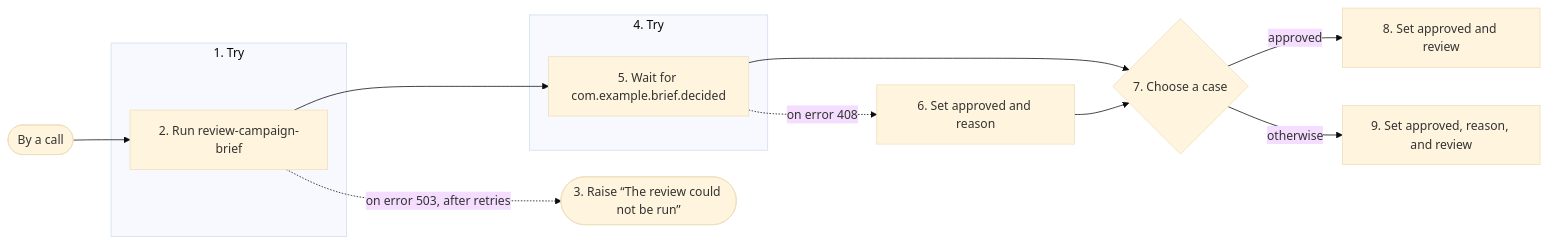
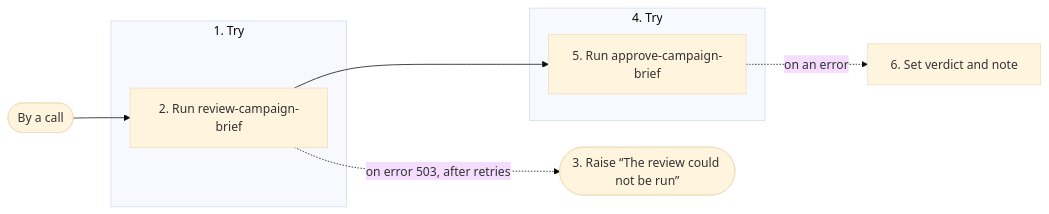
Before and after one commit to BeOnAuto/auto-brain: the diagram in capabilities/coordination/src/overview/reference-example.overview.md, drawn with Mermaid (base theme). The commit also changed other lines of this file and 68 other files, not shown here.

````diff
--- a/capabilities/coordination/src/overview/reference-example.overview.md
+++ b/capabilities/coordination/src/overview/reference-example.overview.md
@@ -21,23 +22,16 @@
 ```mermaid
 flowchart LR
   subgraph g1["1. Try"]
     n2["2. Run review-campaign-brief"]
   end
   subgraph g2["4. Try"]
-    n4["5. Wait for com.example.brief.decided"]
+    n4["5. Run approve-campaign-brief"]
   end
   n1(["By a call"])
   n3(["3. Raise “The review could not be run”"])
-  n5["6. Set approved and reason"]
-  n6{"7. Choose a case"}
-  n7["8. Set approved and review"]
-  n8["9. Set approved, reason, and review"]
+  n5["6. Set verdict and note"]
   n1 --> n2
   n2 --> n4
   n2 -.->|"on error 503, after retries"| n3
-  n4 --> n6
-  n4 -.->|"on error 408"| n5
-  n5 --> n6
-  n6 -->|"approved"| n7
-  n6 -->|"otherwise"| n8
+  n4 -.->|"on an error"| n5
 ```
````
